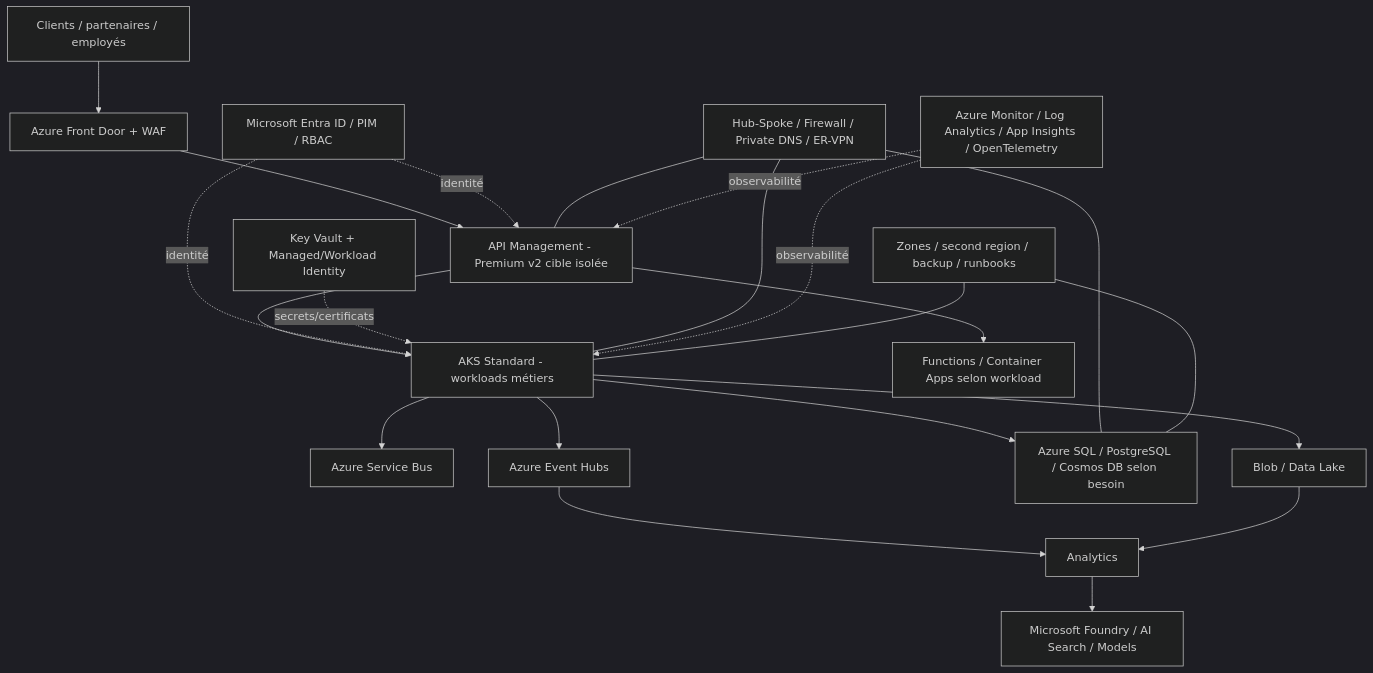
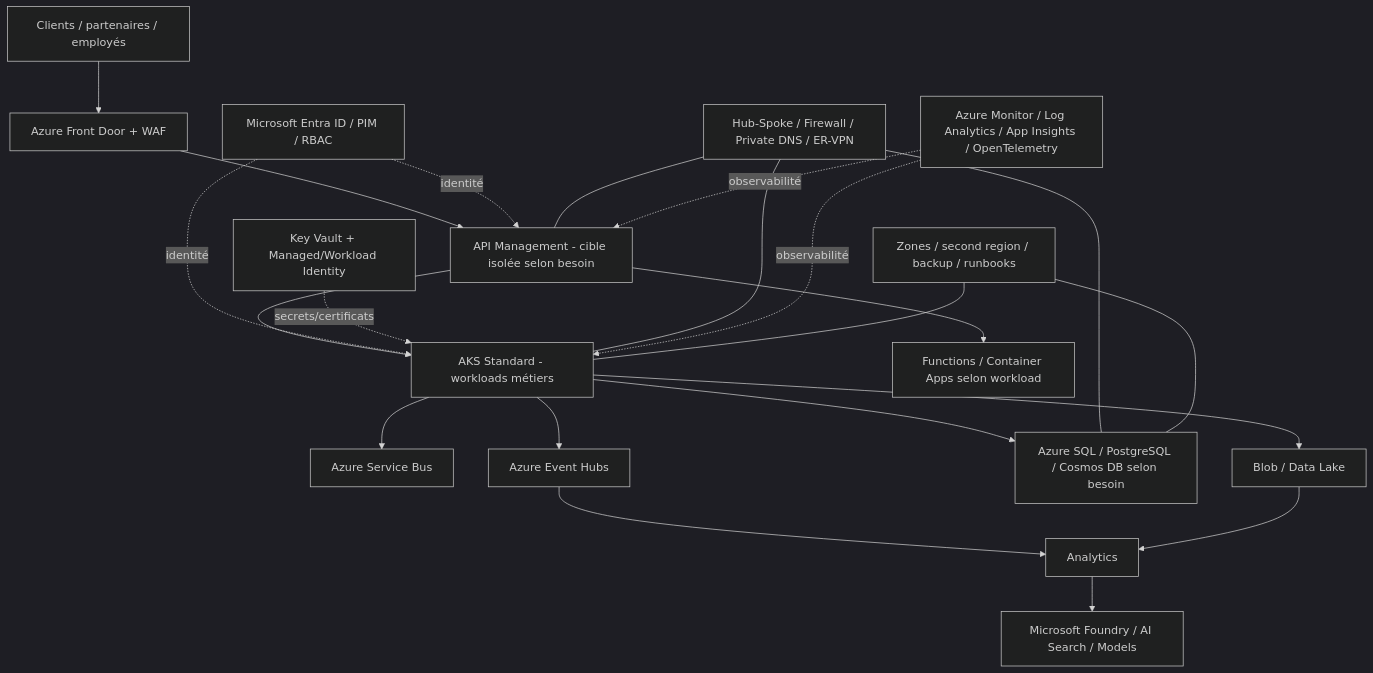
Before and after one commit to zdmooc/mayabank-azure-cloud-ai-platform: the diagram in README.md, drawn with Mermaid (dark theme). The commit also changed other lines of this file, not shown here.

````diff
--- a/README.md
+++ b/README.md
@@ -15,29 +17,29 @@
 ```mermaid
 flowchart TB
   USERS[Clients / partenaires / employés] --> AFD[Azure Front Door + WAF]
-  AFD --> APIM[API Management - Premium v2 cible isolée]
+  AFD --> APIM[API Management - cible isolée selon besoin]
   APIM --> AKS[AKS Standard - workloads métiers]
   APIM --> PAAS[Functions / Container Apps selon workload]
 
   AKS --> SB[Azure Service Bus]
   AKS --> EH[Azure Event Hubs]
   AKS --> DB[Azure SQL / PostgreSQL / Cosmos DB selon besoin]
   AKS --> STG[Blob / Data Lake]
   EH --> DATA[Analytics]
   STG --> DATA
   DATA --> AI[Microsoft Foundry / AI Search / Models]
 
   ENTRA[Microsoft Entra ID / PIM / RBAC] -. identité .-> APIM
   ENTRA -. identité .-> AKS
   KV[Key Vault + Managed/Workload Identity] -. secrets/certificats .-> AKS
 
   HUB[Hub-Spoke / Firewall / Private DNS / ER-VPN] --- APIM
   HUB --- AKS
   HUB --- DB
 
   MON[Azure Monitor / Log Analytics / App Insights / OpenTelemetry] -. observabilité .-> APIM
   MON -. observabilité .-> AKS
 
   DR[Zones / second region / backup / runbooks] --- AKS
   DR --- DB
 ```
````
